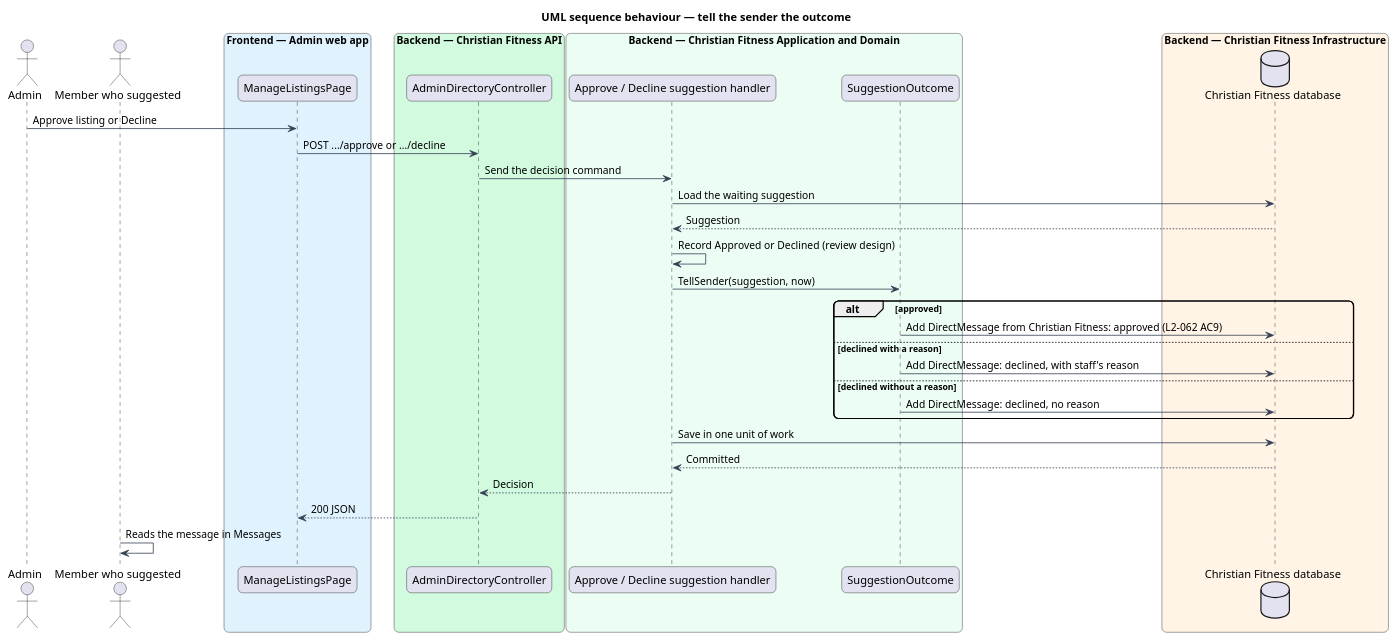
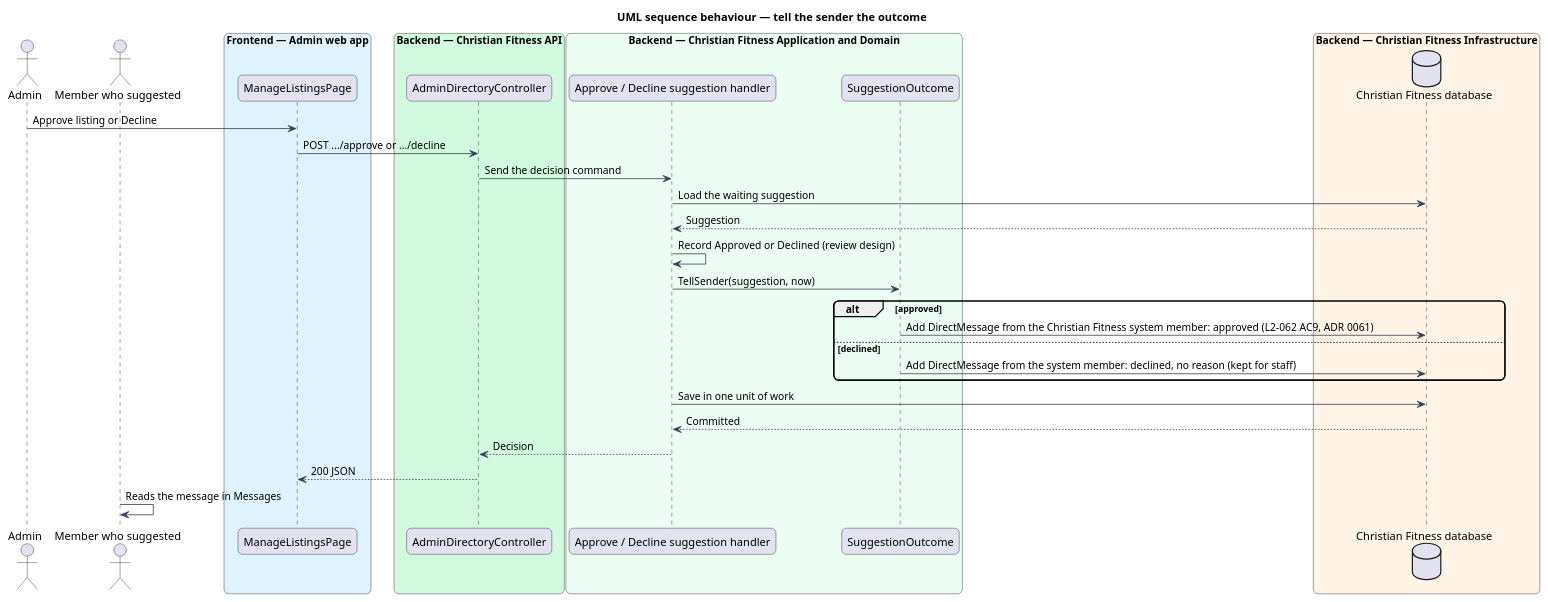
The diagram in docs/detailed-designs/directory/suggest-listing/diagrams/sequence-outcome.puml (QuinntyneBrown/christian-fitness), drawn with PlantUML before and after one commit. The commit also changed 25 other files, not shown here.

Commit message:
ADR 0061: Christian Fitness system sender account, message copy, specs, designs and mocks

```diff
--- a/docs/detailed-designs/directory/suggest-listing/diagrams/sequence-outcome.puml
+++ b/docs/detailed-designs/directory/suggest-listing/diagrams/sequence-outcome.puml
@@ -1,42 +1,40 @@
 @startuml
 title UML sequence behaviour — tell the sender the outcome
 skinparam backgroundColor #FFFFFF
 skinparam shadowing false
 skinparam roundcorner 12
 skinparam defaultFontName Arial
 skinparam ArrowColor #344054
 actor "Admin" as staff
 actor "Member who suggested" as member
 box "Frontend — Admin web app" #E0F2FE
   participant "ManageListingsPage" as page
 end box
 box "Backend — Christian Fitness API" #D1FADF
   participant "AdminDirectoryController" as ctrl
 end box
 box "Backend — Christian Fitness Application and Domain" #ECFDF3
   participant "Approve / Decline suggestion handler" as h
   participant "SuggestionOutcome" as out
 end box
 box "Backend — Christian Fitness Infrastructure" #FFF4E5
   database "Christian Fitness database" as db
 end box
 staff -> page : Approve listing or Decline
 page -> ctrl : POST .../approve or .../decline
 ctrl -> h : Send the decision command
 h -> db : Load the waiting suggestion
 db --> h : Suggestion
 h -> h : Record Approved or Declined (review design)
 h -> out : TellSender(suggestion, now)
 alt approved
-  out -> db : Add DirectMessage from Christian Fitness: approved (L2-062 AC9)
-else declined with a reason
-  out -> db : Add DirectMessage: declined, with staff's reason
-else declined without a reason
-  out -> db : Add DirectMessage: declined, no reason
+  out -> db : Add DirectMessage from the Christian Fitness system member: approved (L2-062 AC9, ADR 0061)
+else declined
+  out -> db : Add DirectMessage from the system member: declined, no reason (kept for staff)
 end
 h -> db : Save in one unit of work
 db --> h : Committed
 h --> ctrl : Decision
 ctrl --> page : 200 JSON
 member -> member : Reads the message in Messages
 @enduml
```
